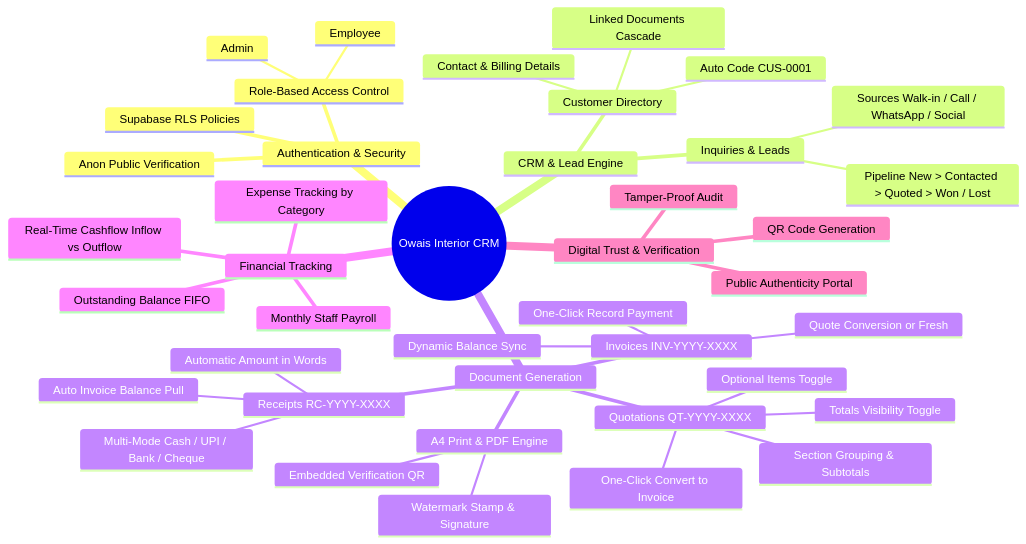
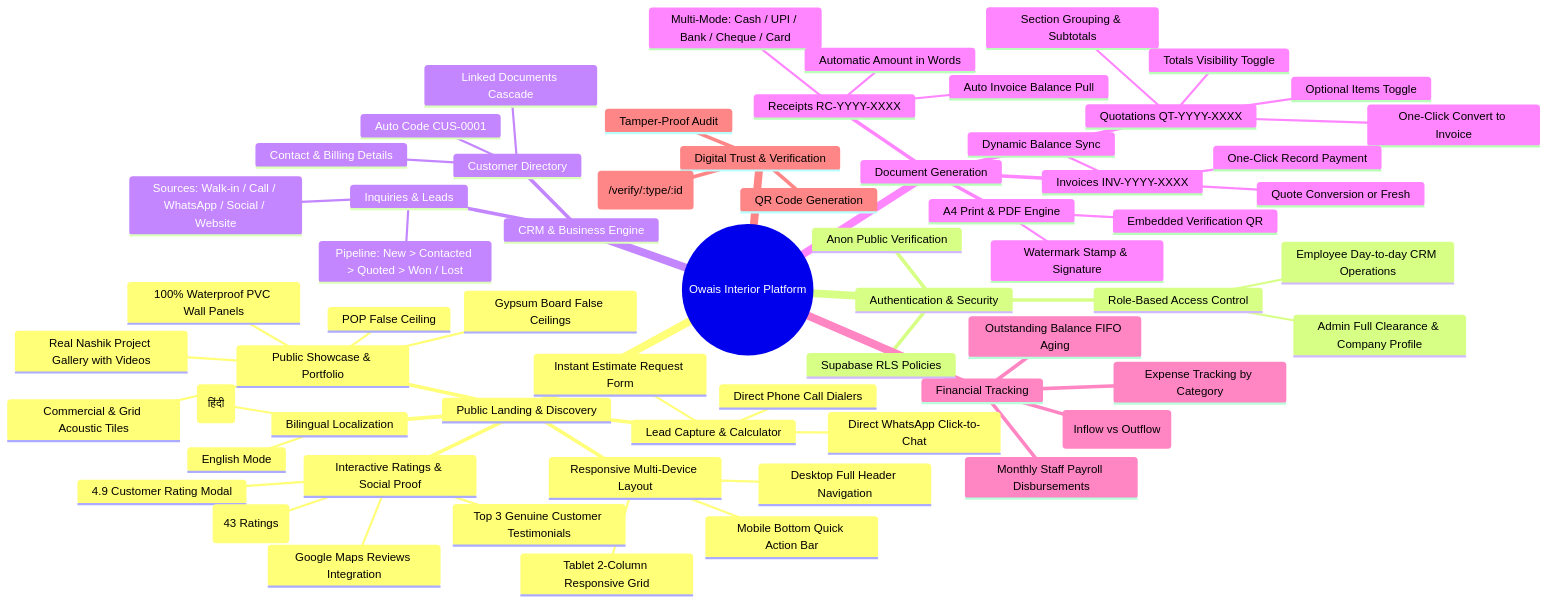
The first of 3 diagrams in README.md (aiuseonly214-droid/Owaisdesignernashik), drawn with Mermaid before and after one commit. The commit also changed other lines of this file and 1 other file, not shown here.

Commit message:
docs: update README.md and prd.md with bilingual toggle, responsive layout, and customer rating modal specs

````diff
--- a/README.md
+++ b/README.md
@@ -22,44 +23,67 @@
 ```mermaid
 mindmap
-  root((Owais Interior CRM))
+  root((Owais Interior Platform))
+    Public Landing & Discovery
+      Responsive Multi-Device Layout
+        Mobile Bottom Quick Action Bar
+        Tablet 2-Column Responsive Grid
+        Desktop Full Header Navigation
+      Bilingual Localization
+        English Mode
+        Hindi Mode (हिंदी)
+      Interactive Ratings & Social Proof
+        4.9 Customer Rating Modal
+        Google Maps Reviews Integration
+        Justdial Verified Profile (43 Ratings)
+        Top 3 Genuine Customer Testimonials
+      Public Showcase & Portfolio
+        POP False Ceiling
+        100% Waterproof PVC Wall Panels
+        Gypsum Board False Ceilings
+        Commercial & Grid Acoustic Tiles
+        Real Nashik Project Gallery with Videos
+      Lead Capture & Calculator
+        Instant Estimate Request Form
+        Direct WhatsApp Click-to-Chat
+        Direct Phone Call Dialers
     Authentication & Security
       Role-Based Access Control
-        Admin
-        Employee
+        Admin Full Clearance & Company Profile
+        Employee Day-to-day CRM Operations
       Supabase RLS Policies
       Anon Public Verification
-    CRM & Lead Engine
+    CRM & Business Engine
       Inquiries & Leads
-        Sources Walk-in / Call / WhatsApp / Social
-        Pipeline New > Contacted > Quoted > Won / Lost
+        Sources: Walk-in / Call / WhatsApp / Social / Website
+        Pipeline: New > Contacted > Quoted > Won / Lost
       Customer Directory
         Auto Code CUS-0001
         Contact & Billing Details
         Linked Documents Cascade
     Document Generation
       Quotations QT-YYYY-XXXX
         Section Grouping & Subtotals
         Optional Items Toggle
         Totals Visibility Toggle
         One-Click Convert to Invoice
       Invoices INV-YYYY-XXXX
         Quote Conversion or Fresh
         Dynamic Balance Sync
         One-Click Record Payment
       Receipts RC-YYYY-XXXX
         Auto Invoice Balance Pull
-        Multi-Mode Cash / UPI / Bank / Cheque
+        Multi-Mode: Cash / UPI / Bank / Cheque / Card
         Automatic Amount in Words
       A4 Print & PDF Engine
         Watermark Stamp & Signature
         Embedded Verification QR
     Financial Tracking
-      Outstanding Balance FIFO
+      Outstanding Balance FIFO Aging
       Expense Tracking by Category
-      Monthly Staff Payroll
-      Real-Time Cashflow Inflow vs Outflow
+      Monthly Staff Payroll Disbursements
+      Real-Time Cashflow (Inflow vs Outflow)
     Digital Trust & Verification
       QR Code Generation
-      Public Authenticity Portal
+      Public Authenticity Portal (/verify/:type/:id)
       Tamper-Proof Audit
 ```
````
